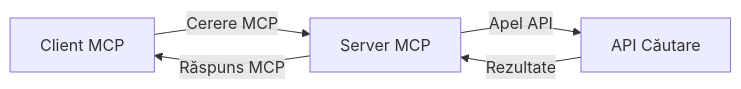
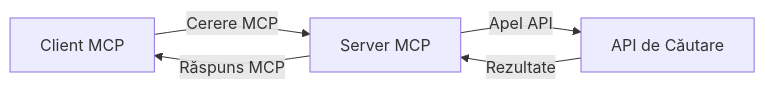
One commit to microsoft/mcp-for-beginners changed the second of 4 diagrams in translations/ro/05-AdvancedTopics/mcp-realtimesearch/README.md. Above: the diagram before and after it, drawn with Mermaid. The commit also changed other lines of this file and 145 other files, not shown here.

````diff
--- a/translations/ro/05-AdvancedTopics/mcp-realtimesearch/README.md
+++ b/translations/ro/05-AdvancedTopics/mcp-realtimesearch/README.md
@@ -598,7 +600,7 @@
 ```mermaid
 graph LR
     Client[Client MCP] --> |Cerere MCP| Server[Server MCP]
-    Server --> |Apel API| SearchAPI[API Căutare]
+    Server --> |Apel API| SearchAPI[API de Căutare]
     SearchAPI --> |Rezultate| Server
     Server --> |Răspuns MCP| Client
 ```
````
